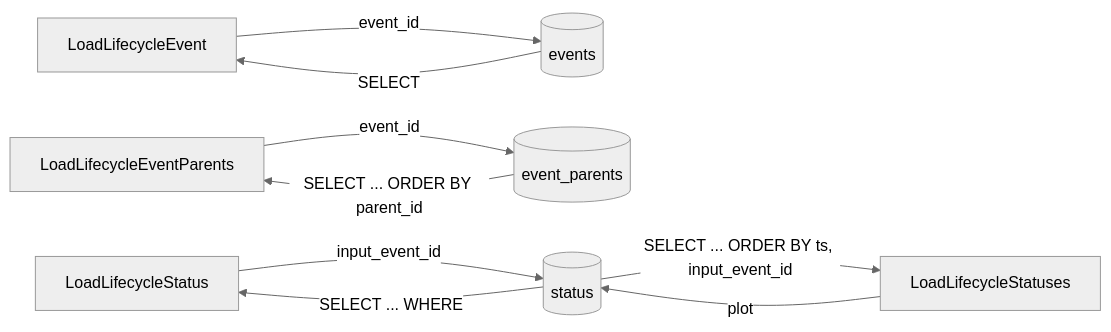
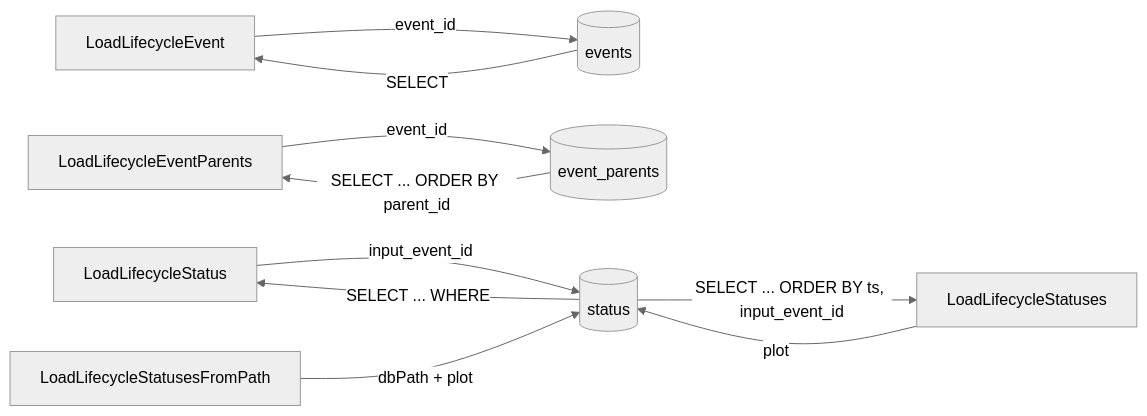
The second of 2 diagrams in docs/zh-CN/pkg/persist/sqlite.md (Mr-xiaotian/CelestialGrow), drawn with Mermaid (neutral theme) before and after one commit. The commit also changed other lines of this file and 50 other files, not shown here.

````diff
--- a/docs/zh-CN/pkg/persist/sqlite.md
+++ b/docs/zh-CN/pkg/persist/sqlite.md
@@ -227,11 +244,12 @@
 ```mermaid
 flowchart LR
     Q1[LoadLifecycleEvent] -->|event_id| R1[(events)]
     Q2[LoadLifecycleEventParents] -->|event_id| R2[(event_parents)]
     Q3[LoadLifecycleStatus] -->|input_event_id| R3[(status)]
     Q4[LoadLifecycleStatuses] -->|plot| R3
+    Q5[LoadLifecycleStatusesFromPath] -->|dbPath + plot| R3
     R1 -->|SELECT| Q1
     R2 -->|SELECT ... ORDER BY parent_id| Q2
     R3 -->|SELECT ... ORDER BY ts, input_event_id| Q4
     R3 -->|SELECT ... WHERE| Q3
 ```
````
